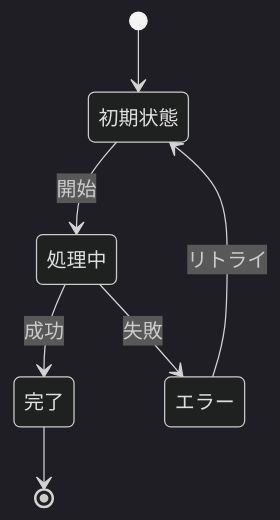
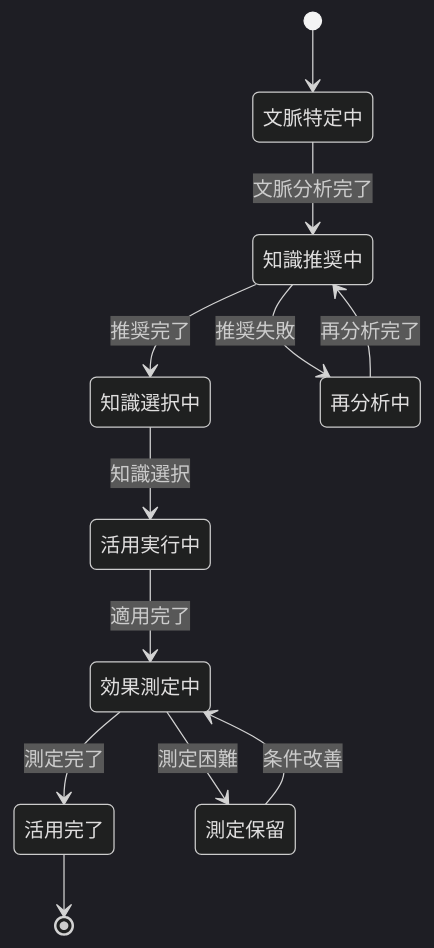
The diagram in consulting-dashboard-new/docs/parasol/services/knowledge-co-creation-service/capabilities/knowledge-management/operations/apply-knowledge/operation.md (hmoriya/consultingTool), drawn with Mermaid (dark theme) before and after one commit. The commit also changed other lines of this file and 40 other files, not shown here.

````diff
--- a/consulting-dashboard-new/docs/parasol/services/knowledge-co-creation-service/capabilities/knowledge-management/operations/apply-knowledge/operation.md
+++ b/consulting-dashboard-new/docs/parasol/services/knowledge-co-creation-service/capabilities/knowledge-management/operations/apply-knowledge/operation.md
@@ -47,9 +122,16 @@
 ```mermaid
 stateDiagram-v2
-    [*] --> 初期状態
-    初期状態 --> 処理中: 開始
-    処理中 --> 完了: 成功
-    処理中 --> エラー: 失敗
-    エラー --> 初期状態: リトライ
-    完了 --> [*]
+    [*] --> 文脈特定中
+    文脈特定中 --> 知識推奨中: 文脈分析完了
+    知識推奨中 --> 知識選択中: 推奨完了
+    知識選択中 --> 活用実行中: 知識選択
+    活用実行中 --> 効果測定中: 適用完了
+    効果測定中 --> 活用完了: 測定完了
+    活用完了 --> [*]
+
+    知識推奨中 --> 再分析中: 推奨失敗
+    再分析中 --> 知識推奨中: 再分析完了
+
+    効果測定中 --> 測定保留: 測定困難
+    測定保留 --> 効果測定中: 条件改善
 ```
````
